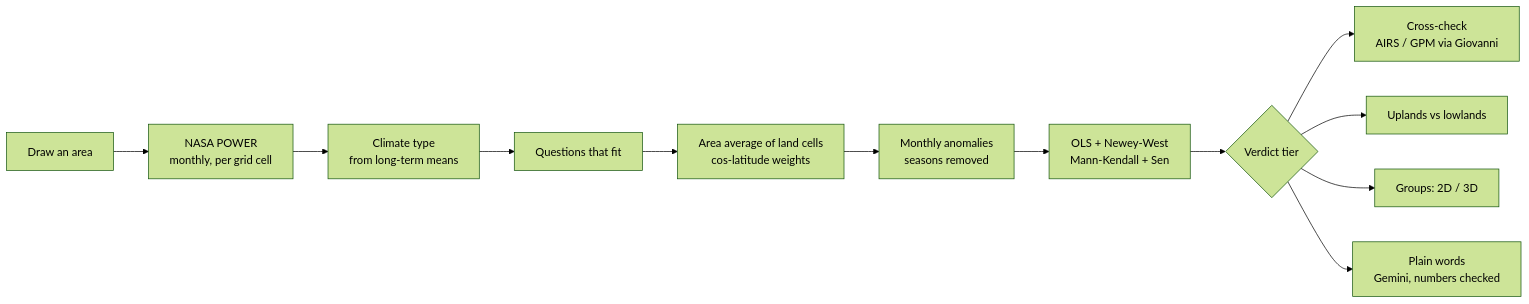
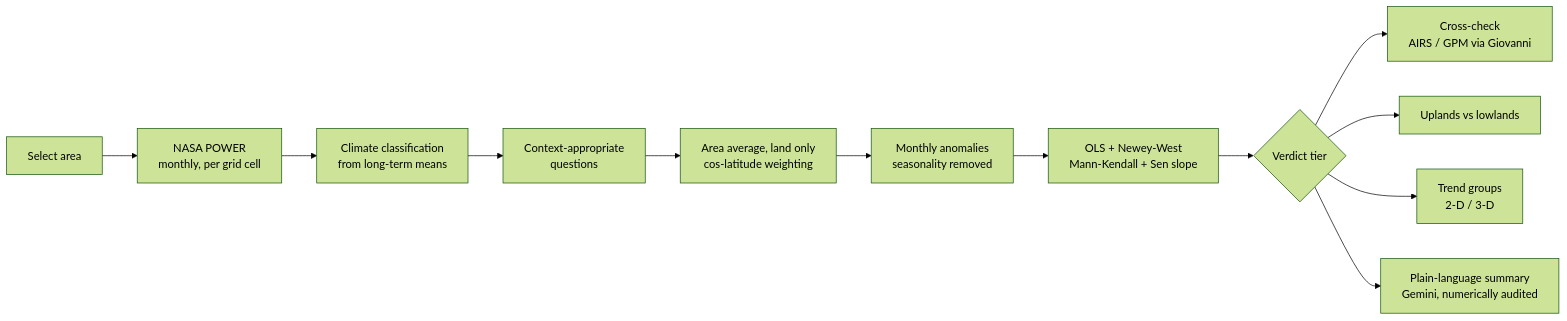
Before and after one commit to R4Y3NN-k/nasa_trend_detective: the diagram in README.md, drawn with Mermaid (forest theme). The commit also changed other lines of this file, not shown here.

````diff
--- a/README.md
+++ b/README.md
@@ -48,14 +82,14 @@
 ```mermaid
 flowchart LR
-    A[Draw an area] --> B[NASA POWER<br/>monthly, per grid cell]
-    B --> C[Climate type<br/>from long-term means]
-    C --> D[Questions that fit]
-    D --> E[Area average of land cells<br/>cos-latitude weights]
-    E --> F[Monthly anomalies<br/>seasons removed]
-    F --> G[OLS + Newey-West<br/>Mann-Kendall + Sen]
+    A[Select area] --> B[NASA POWER<br/>monthly, per grid cell]
+    B --> C[Climate classification<br/>from long-term means]
+    C --> D[Context-appropriate<br/>questions]
+    D --> E[Area average, land only<br/>cos-latitude weighting]
+    E --> F[Monthly anomalies<br/>seasonality removed]
+    F --> G[OLS + Newey-West<br/>Mann-Kendall + Sen slope]
     G --> H{Verdict tier}
     H --> I[Cross-check<br/>AIRS / GPM via Giovanni]
     H --> J[Uplands vs lowlands]
-    H --> K[Groups: 2D / 3D]
-    H --> L[Plain words<br/>Gemini, numbers checked]
+    H --> K[Trend groups<br/>2-D / 3-D]
+    H --> L[Plain-language summary<br/>Gemini, numerically audited]
 ```
````
